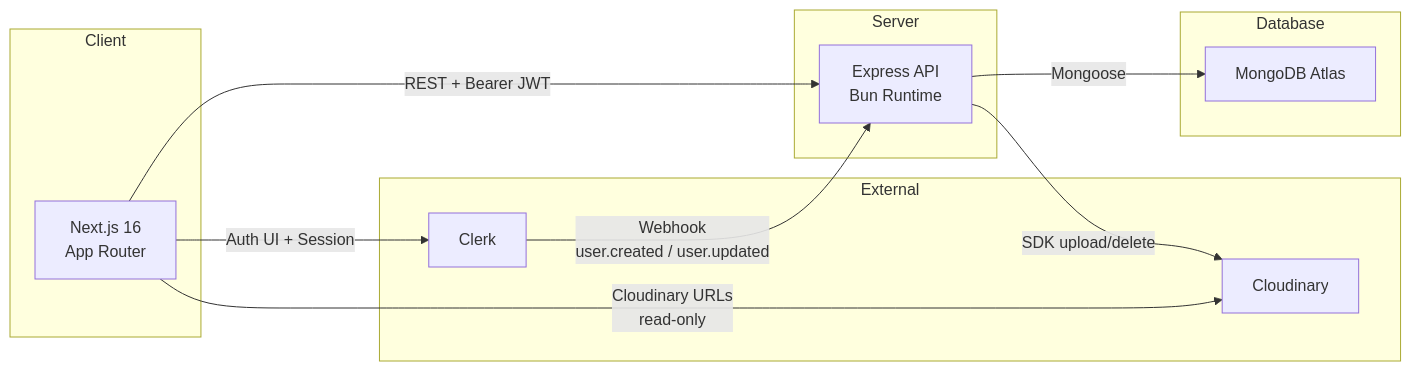
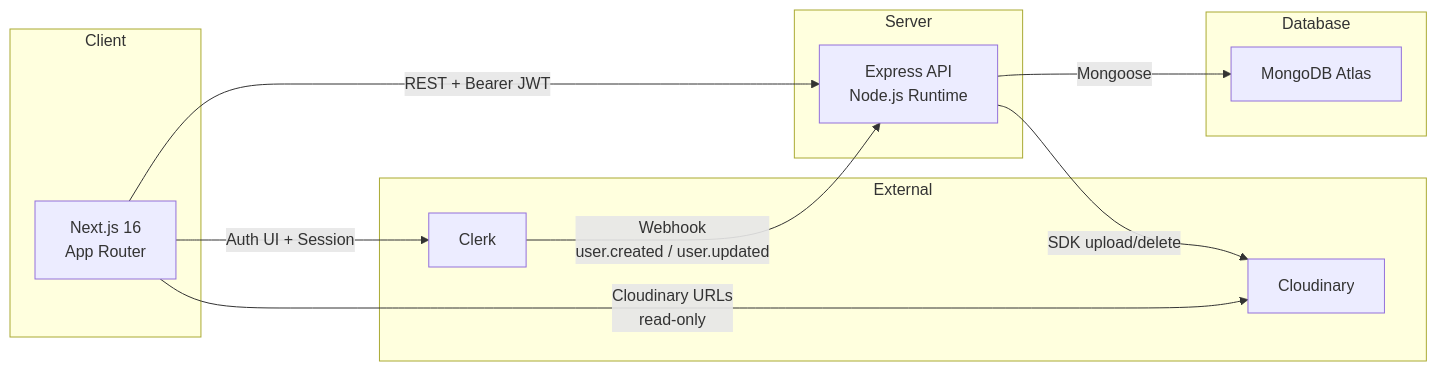
Before and after one commit to atharvdange618/Tabi: the first of 6 diagrams in docs/architecture.md, drawn with Mermaid. The commit also changed other lines of this file and 3 other files, not shown here.

First line of the commit message:
docs: replace bun with pnpm and node in setup and stack docs

````diff
--- a/docs/architecture.md
+++ b/docs/architecture.md
@@ -9,26 +9,26 @@
 ```mermaid
 graph LR
     subgraph Client
         A[Next.js 16<br/>App Router]
     end
 
     subgraph External
         B[Clerk]
         C[Cloudinary]
     end
 
     subgraph Server
-        D[Express API<br/>Bun Runtime]
+        D[Express API<br/>Node.js Runtime]
     end
 
     subgraph Database
         E[MongoDB Atlas]
     end
 
     A -- "REST + Bearer JWT" --> D
     A -- "Auth UI + Session" --> B
     B -- "Webhook<br/>user.created / user.updated" --> D
     D -- "Mongoose" --> E
     D -- "SDK upload/delete" --> C
     A -- "Cloudinary URLs<br/>read-only" --> C
 ```
````
